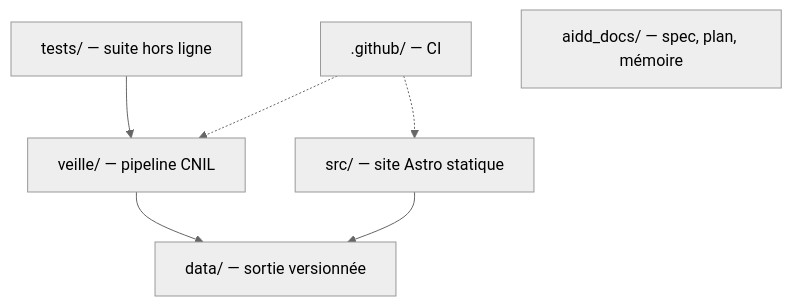
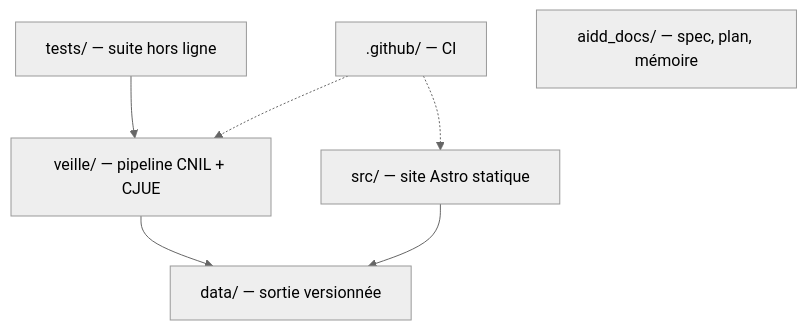
One commit to Beccariavf/vitrine changed the diagram in aidd_docs/memory/codebase-map.md. Above: the diagram before and after it, drawn with Mermaid (neutral theme). The commit also changed other lines of this file and 7 other files, not shown here.

````diff
--- a/aidd_docs/memory/codebase-map.md
+++ b/aidd_docs/memory/codebase-map.md
@@ -5,9 +5,9 @@
 ```mermaid
 flowchart TD
-    CLI["veille/ — pipeline CNIL"] --> DATA["data/ — sortie versionnée"]
+    CLI["veille/ — pipeline CNIL + CJUE"] --> DATA["data/ — sortie versionnée"]
     TESTS["tests/ — suite hors ligne"] --> CLI
     SRC["src/ — site Astro statique"] --> DATA
     CI[".github/ — CI"] -.-> CLI
     CI -.-> SRC
     DOCS["aidd_docs/ — spec, plan, mémoire"]
 ```
````
